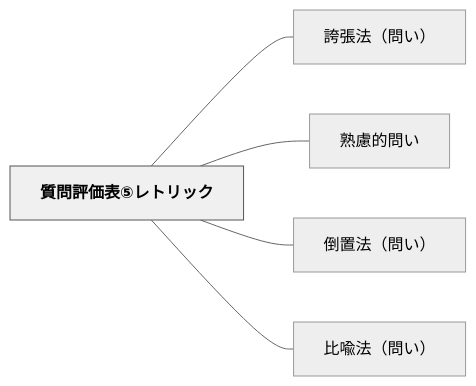
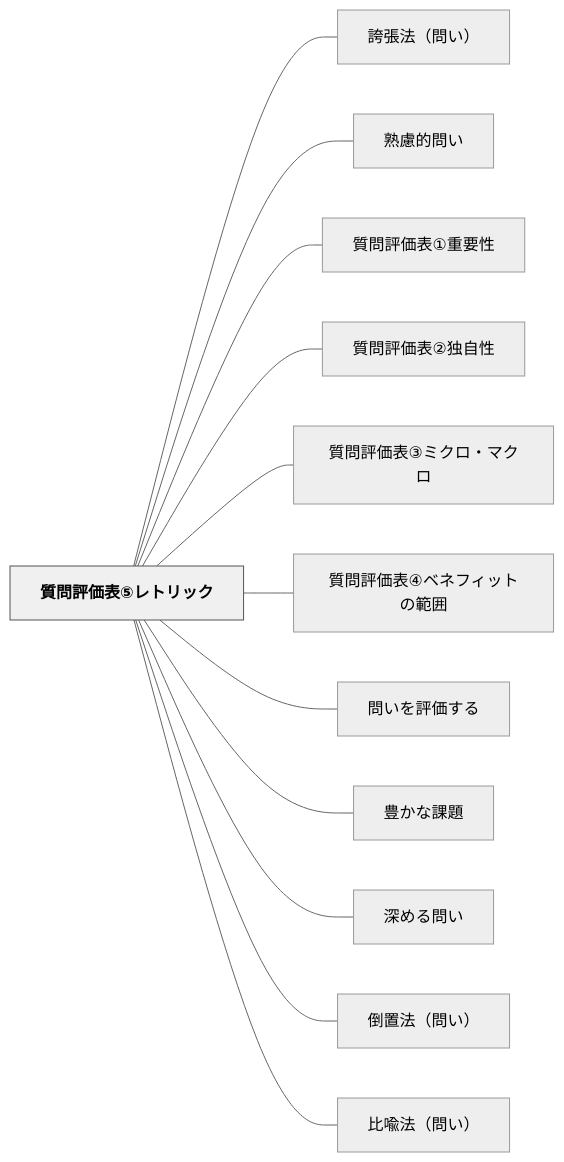
One commit to unknownthings-ed-patterns/unknownthings-ed-patterns changed the diagram in content/パタン/質問評価表⑤レトリック.md. Above: the diagram before and after it, drawn with Mermaid (neutral theme). The commit also changed other lines of this file and 44 other files, not shown here.

````diff
--- a/content/パタン/質問評価表⑤レトリック.md
+++ b/content/パタン/質問評価表⑤レトリック.md
@@ -49,16 +56,30 @@
 ```mermaid
 flowchart LR
     ne8b3aae5958fe8a995e4bea1e8a1a8e291a4e383ace38388e383aae38383e382af["質問評価表⑤レトリック"]
     ne8aa87e5bcb5e6b395efbc88e5958fe38184efbc89["誇張法（問い）"]
     ne7869fe685aee79a84e5958fe38184["熟慮的問い"]
+    ne8b3aae5958fe8a995e4bea1e8a1a8e291a0e9878de8a681e680a7["質問評価表①重要性"]
+    ne8b3aae5958fe8a995e4bea1e8a1a8e291a1e78bace887aae680a7["質問評価表②独自性"]
+    ne8b3aae5958fe8a995e4bea1e8a1a8e291a2e3839fe382afe383ade383bbe3839ee382afe383ad["質問評価表③ミクロ・マクロ"]
+    ne8b3aae5958fe8a995e4bea1e8a1a8e291a3e38399e3838de38395e382a3e38383e38388e381aee7af84e59bb2["質問評価表④ベネフィットの範囲"]
+    ne5958fe38184e38292e8a995e4bea1e38199e3828b["問いを評価する"]
+    ne8b18ae3818be381aae8aab2e9a18c["豊かな課題"]
+    ne6b7b1e38281e3828be5958fe38184["深める問い"]
     ne58092e7bdaee6b395efbc88e5958fe38184efbc89["倒置法（問い）"]
     ne6af94e596a9e6b395efbc88e5958fe38184efbc89["比喩法（問い）"]
 
     ne8b3aae5958fe8a995e4bea1e8a1a8e291a4e383ace38388e383aae38383e382af --- ne8aa87e5bcb5e6b395efbc88e5958fe38184efbc89
     ne8b3aae5958fe8a995e4bea1e8a1a8e291a4e383ace38388e383aae38383e382af --- ne7869fe685aee79a84e5958fe38184
+    ne8b3aae5958fe8a995e4bea1e8a1a8e291a4e383ace38388e383aae38383e382af --- ne8b3aae5958fe8a995e4bea1e8a1a8e291a0e9878de8a681e680a7
+    ne8b3aae5958fe8a995e4bea1e8a1a8e291a4e383ace38388e383aae38383e382af --- ne8b3aae5958fe8a995e4bea1e8a1a8e291a1e78bace887aae680a7
+    ne8b3aae5958fe8a995e4bea1e8a1a8e291a4e383ace38388e383aae38383e382af --- ne8b3aae5958fe8a995e4bea1e8a1a8e291a2e3839fe382afe383ade383bbe3839ee382afe383ad
+    ne8b3aae5958fe8a995e4bea1e8a1a8e291a4e383ace38388e383aae38383e382af --- ne8b3aae5958fe8a995e4bea1e8a1a8e291a3e38399e3838de38395e382a3e38383e38388e381aee7af84e59bb2
+    ne8b3aae5958fe8a995e4bea1e8a1a8e291a4e383ace38388e383aae38383e382af --- ne5958fe38184e38292e8a995e4bea1e38199e3828b
+    ne8b3aae5958fe8a995e4bea1e8a1a8e291a4e383ace38388e383aae38383e382af --- ne8b18ae3818be381aae8aab2e9a18c
+    ne8b3aae5958fe8a995e4bea1e8a1a8e291a4e383ace38388e383aae38383e382af --- ne6b7b1e38281e3828be5958fe38184
     ne8b3aae5958fe8a995e4bea1e8a1a8e291a4e383ace38388e383aae38383e382af --- ne58092e7bdaee6b395efbc88e5958fe38184efbc89
     ne8b3aae5958fe8a995e4bea1e8a1a8e291a4e383ace38388e383aae38383e382af --- ne6af94e596a9e6b395efbc88e5958fe38184efbc89
 
     classDef hub fill:#f0f0f0,stroke:#555,color:#000,font-weight:bold
     class ne8b3aae5958fe8a995e4bea1e8a1a8e291a4e383ace38388e383aae38383e382af hub
 ```
````
